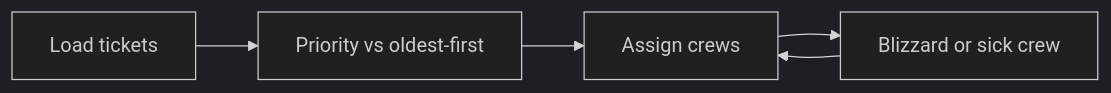
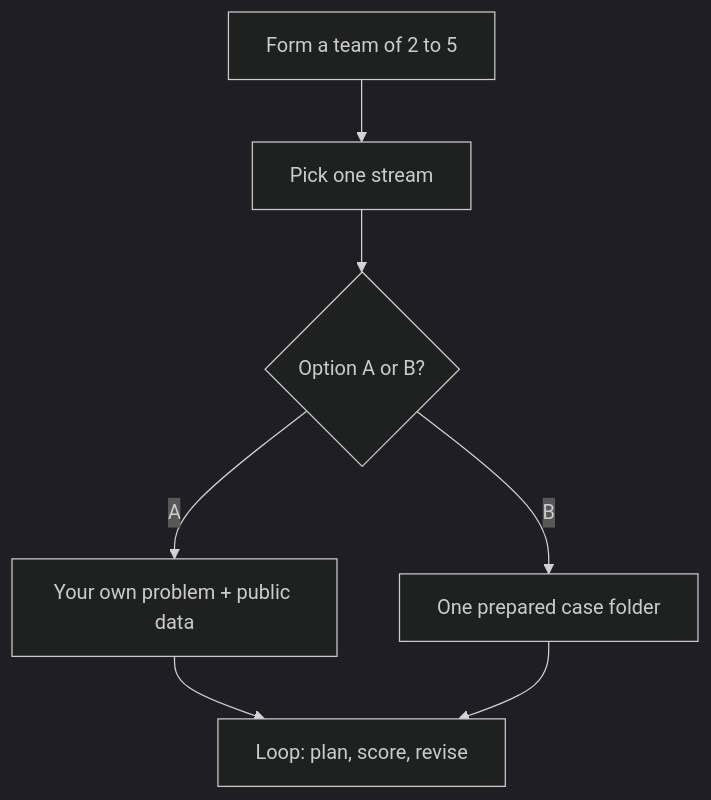
Before and after one commit to keiein/team-311-hackathon-project: the diagram in README.md, drawn with Mermaid (dark theme). The commit also changed other lines of this file and 26 other files, not shown here.

````diff
--- a/README.md
+++ b/README.md
@@ -39,7 +82,9 @@
 ```mermaid
-flowchart LR
-  A[Load tickets] --> B[Priority vs oldest-first]
-  B --> C[Assign crews]
-  C --> D[Blizzard or sick crew]
-  D --> C
+flowchart TB
+  T[Form a team of 2 to 5] --> S[Pick one stream]
+  S --> P{Option A or B?}
+  P -->|A| A[Your own problem + public data]
+  P -->|B| B[One prepared case folder]
+  A --> L[Loop: plan, score, revise]
+  B --> L
 ```
````
